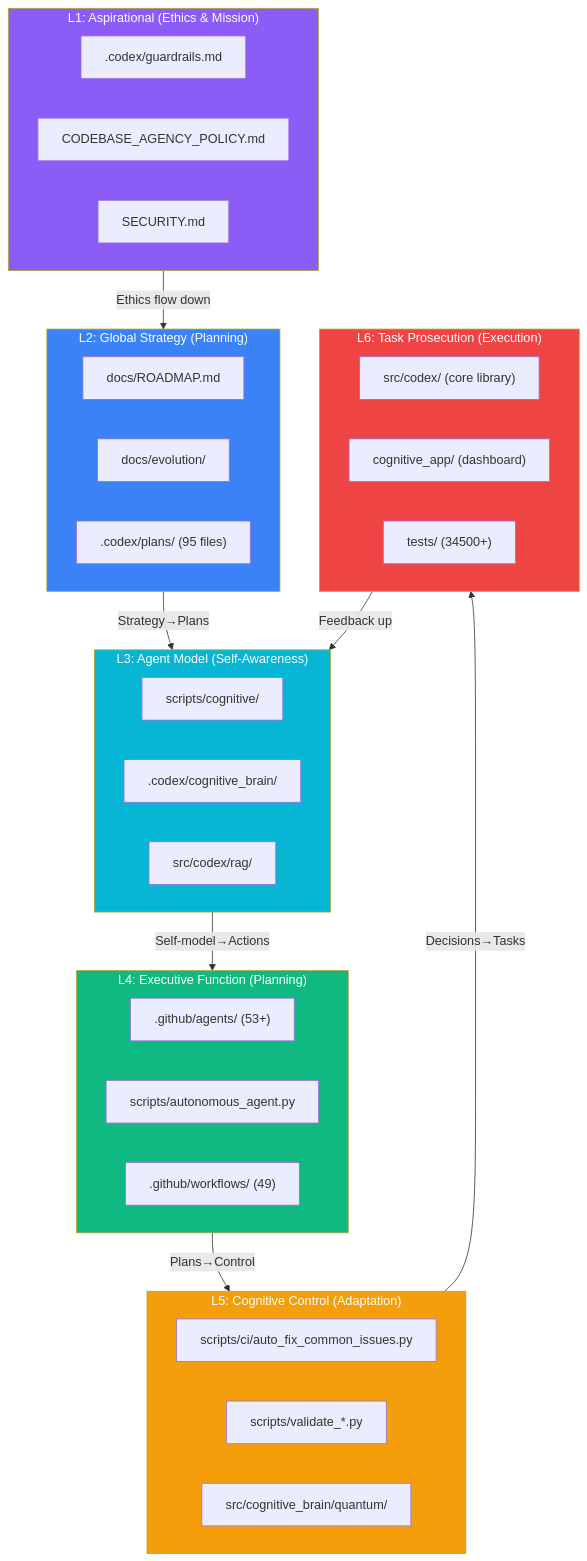
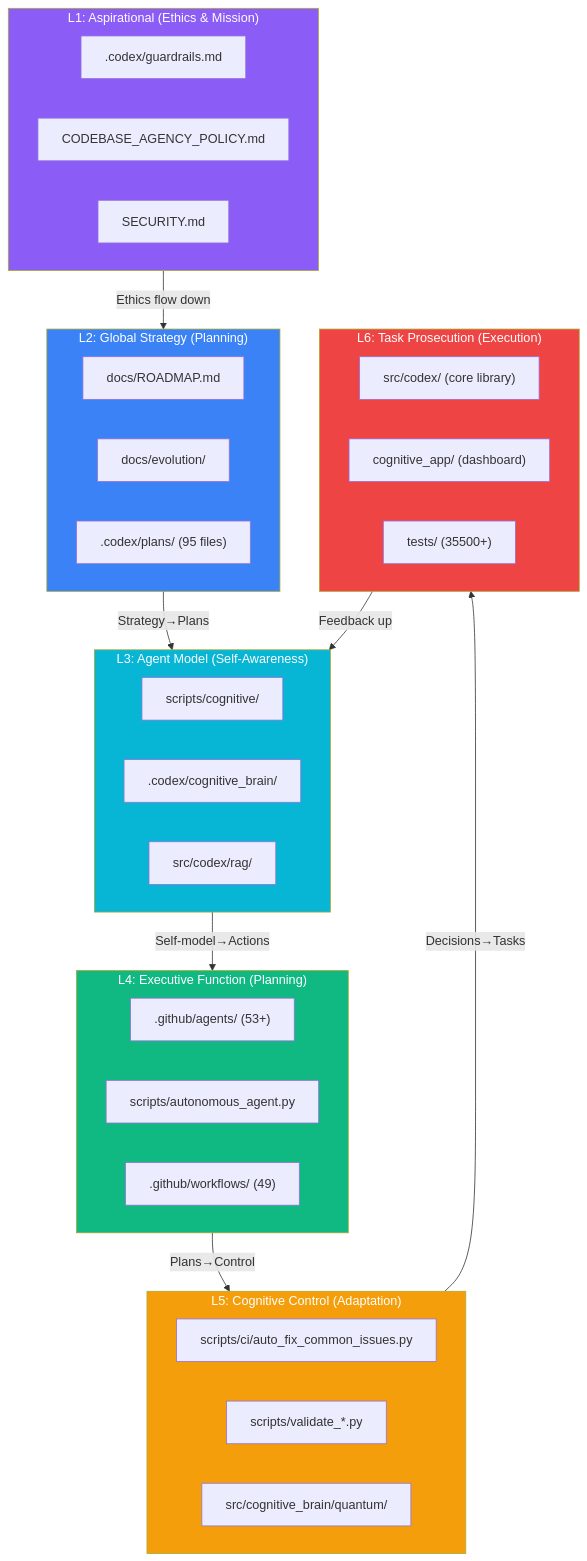
The diagram in docs/evolution/COGNITIVE_CODEBASE_MAP.md (Aries-Serpent/_codex_), drawn with Mermaid before and after one commit. The commit also changed 132 other files, not shown here.

````diff
--- a/docs/evolution/COGNITIVE_CODEBASE_MAP.md
+++ b/docs/evolution/COGNITIVE_CODEBASE_MAP.md
@@ -12,53 +12,53 @@
 ```mermaid
 %%{init: {'accessibility': {'title': 'Flowchart showing "L1: Aspirational (Ethics & Mission)", ".codex/guardrails.md"'}}%%
 graph TD
     subgraph L1["L1: Aspirational (Ethics & Mission)"]
         E1[".codex/guardrails.md"]
         E2["CODEBASE_AGENCY_POLICY.md"]
         E3["SECURITY.md"]
     end
 
     subgraph L2["L2: Global Strategy (Planning)"]
         S1["docs/ROADMAP.md"]
         S2["docs/evolution/"]
         S3[".codex/plans/ (95 files)"]
     end
 
     subgraph L3["L3: Agent Model (Self-Awareness)"]
         M1["scripts/cognitive/"]
         M2[".codex/cognitive_brain/"]
         M3["src/codex/rag/"]
     end
 
     subgraph L4["L4: Executive Function (Planning)"]
         X1[".github/agents/ (53+)"]
         X2["scripts/autonomous_agent.py"]
         X3[".github/workflows/ (49)"]
     end
 
     subgraph L5["L5: Cognitive Control (Adaptation)"]
         C1["scripts/ci/auto_fix_common_issues.py"]
         C2["scripts/validate_*.py"]
         C3["src/cognitive_brain/quantum/"]
     end
 
     subgraph L6["L6: Task Prosecution (Execution)"]
         T1["src/codex/ (core library)"]
         T2["cognitive_app/ (dashboard)"]
-        T3["tests/ (34500+)"]
+        T3["tests/ (35500+)"]
     end
 
     L1 -->|"Ethics flow down"| L2
     L2 -->|"Strategy→Plans"| L3
     L3 -->|"Self-model→Actions"| L4
     L4 -->|"Plans→Control"| L5
     L5 -->|"Decisions→Tasks"| L6
     L6 -->|"Feedback up"| L3
 
     style L1 fill:#8b5cf6,color:#fff
     style L2 fill:#3b82f6,color:#fff
     style L3 fill:#06b6d4,color:#fff
     style L4 fill:#10b981,color:#fff
     style L5 fill:#f59e0b,color:#fff
     style L6 fill:#ef4444,color:#fff
 ```
````
